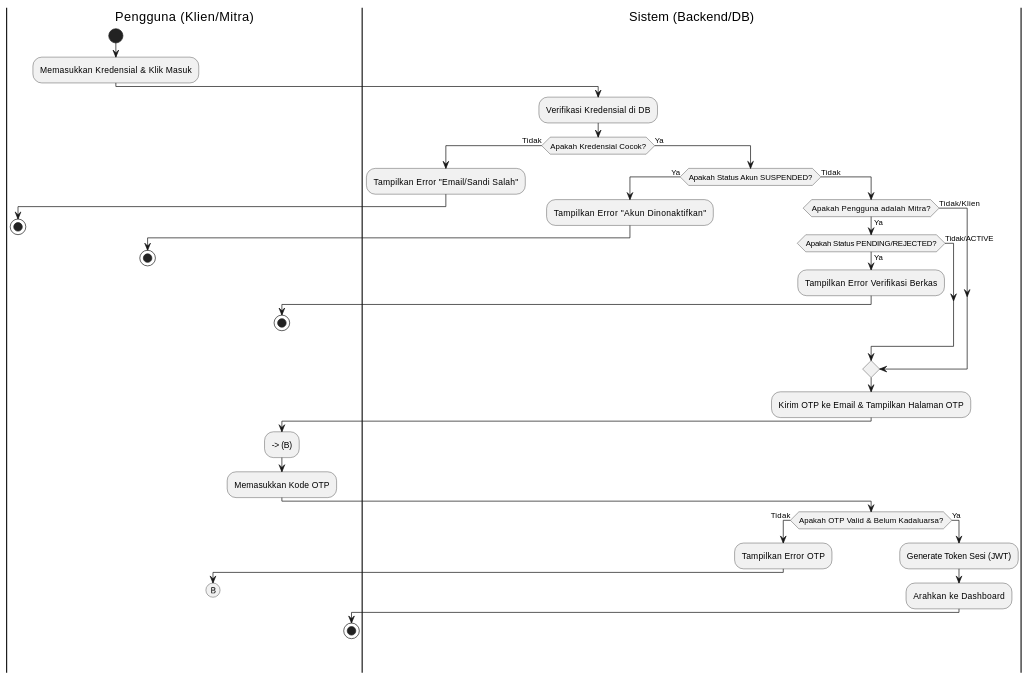
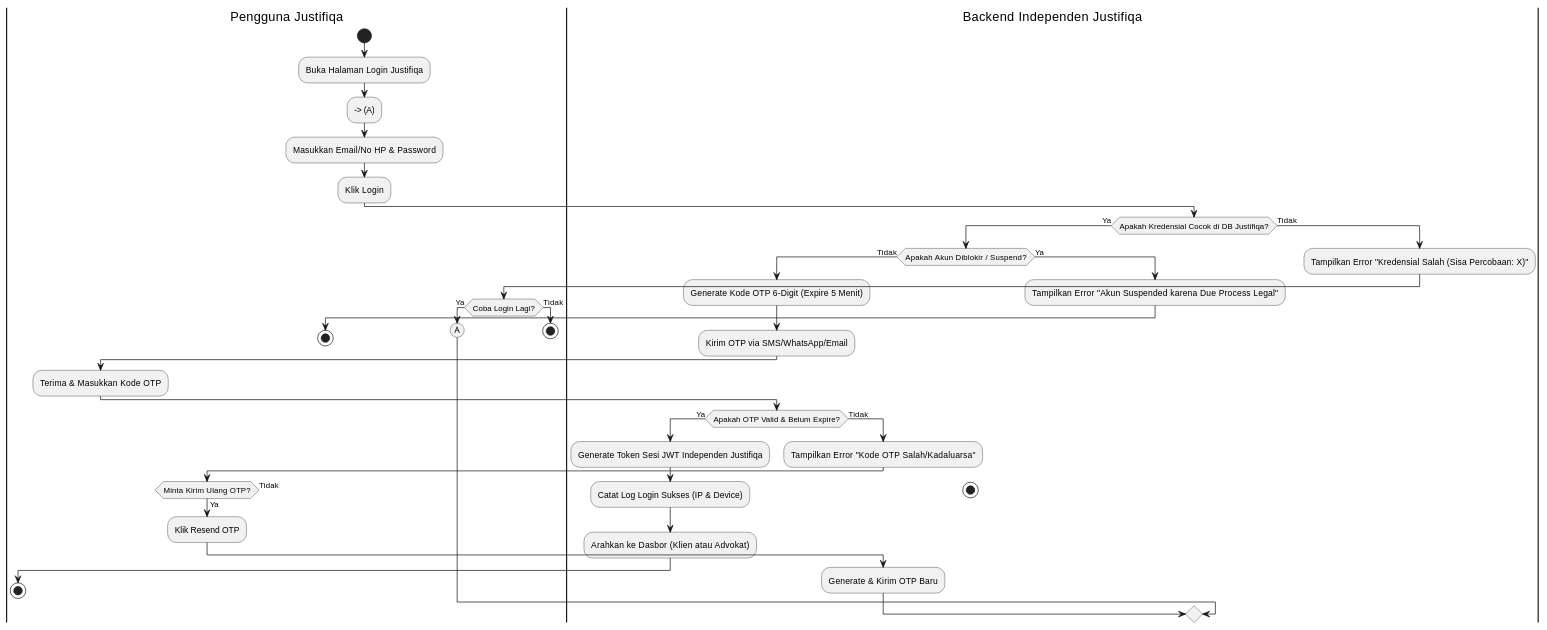
Before and after one commit to tupperwureism/SuperApp-Gagal: the second of 20 diagrams in MarkDown/plantuml_activity_diagrams.md, drawn with PlantUML. The commit also changed other lines of this file and 60 other files, not shown here.

````diff
--- a/MarkDown/plantuml_activity_diagrams.md
+++ b/MarkDown/plantuml_activity_diagrams.md
@@ -63,54 +81,55 @@
 ```plantuml
 @startuml
-|Pengguna (Klien/Mitra)|
+|Pengguna Justifiqa|
 start
-:Memasukkan Kredensial & Klik Masuk;
+:Buka Halaman Login Justifiqa;
+--> (A)
+:Masukkan Email/No HP & Password;
+:Klik Login;
 
-|Sistem (Backend/DB)|
-:Verifikasi Kredensial di DB;
-if (Apakah Kredensial Cocok?) then (Tidak)
-  :Tampilkan Error "Email/Sandi Salah";
-  |Pengguna (Klien/Mitra)|
-  stop
-else (Ya)
-  |Sistem (Backend/DB)|
-  if (Apakah Status Akun SUSPENDED?) is (Ya) then
-    :Tampilkan Error "Akun Dinonaktifkan";
-    |Pengguna (Klien/Mitra)|
+|Backend Independen Justifiqa|
+if (Apakah Kredensial Cocok di DB Justifiqa?) then (Ya)
+  if (Apakah Akun Diblokir / Suspend?) then (Tidak)
+    :Generate Kode OTP 6-Digit (Expire 5 Menit);
+    :Kirim OTP via SMS/WhatsApp/Email;
+    
+    |Pengguna Justifiqa|
+    :Terima & Masukkan Kode OTP;
+    
+    |Backend Independen Justifiqa|
+    if (Apakah OTP Valid & Belum Expire?) then (Ya)
+      :Generate Token Sesi JWT Independen Justifiqa;
+      :Catat Log Login Sukses (IP & Device);
+      :Arahkan ke Dasbor (Klien atau Advokat);
+      |Pengguna Justifiqa|
+      stop
+    else (Tidak)
+      |Backend Independen Justifiqa|
+      :Tampilkan Error "Kode OTP Salah/Kadaluarsa";
+      |Pengguna Justifiqa|
+      if (Minta Kirim Ulang OTP?) then (Ya)
+        :Klik Resend OTP;
+        |Backend Independen Justifiqa|
+        :Generate & Kirim OTP Baru;
+      else (Tidak)
+        stop
+      endif
+    endif
+  else (Ya)
+    |Backend Independen Justifiqa|
+    :Tampilkan Error "Akun Suspended karena Due Process Legal";
+    |Pengguna Justifiqa|
     stop
+  endif
+else (Tidak)
+  |Backend Independen Justifiqa|
+  :Tampilkan Error "Kredensial Salah (Sisa Percobaan: X)";
+  |Pengguna Justifiqa|
+  if (Coba Login Lagi?) then (Ya)
+    (A)
   else (Tidak)
-    |Sistem (Backend/DB)|
-    if (Apakah Pengguna adalah Mitra?) then (Ya)
-      if (Apakah Status PENDING/REJECTED?) is (Ya) then
-        :Tampilkan Error Verifikasi Berkas;
-        |Pengguna (Klien/Mitra)|
-        stop
-      else (Tidak/ACTIVE)
-      endif
-    else (Tidak/Klien)
-    endif
-    
-    |Sistem (Backend/DB)|
-    :Kirim OTP ke Email & Tampilkan Halaman OTP;
-    
-    |Pengguna (Klien/Mitra)|
-    --> (B)
-    :Memasukkan Kode OTP;
-    
-    |Sistem (Backend/DB)|
-    if (Apakah OTP Valid & Belum Kadaluarsa?) then (Tidak)
-      :Tampilkan Error OTP;
-      |Pengguna (Klien/Mitra)|
-      (B)
-      detach
-    else (Ya)
-      |Sistem (Backend/DB)|
-      :Generate Token Sesi (JWT);
-      :Arahkan ke Dashboard;
-      |Pengguna (Klien/Mitra)|
-      stop
-    endif
+    stop
   endif
 endif
 @enduml
 ```
````
